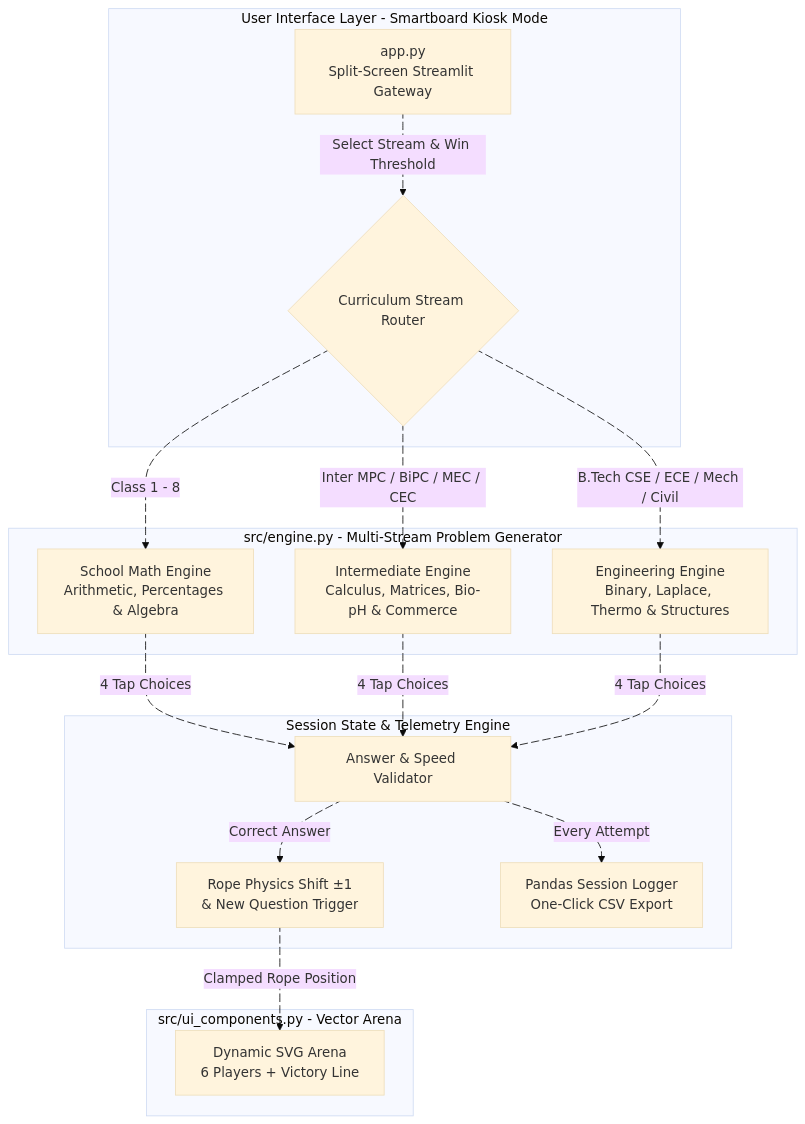
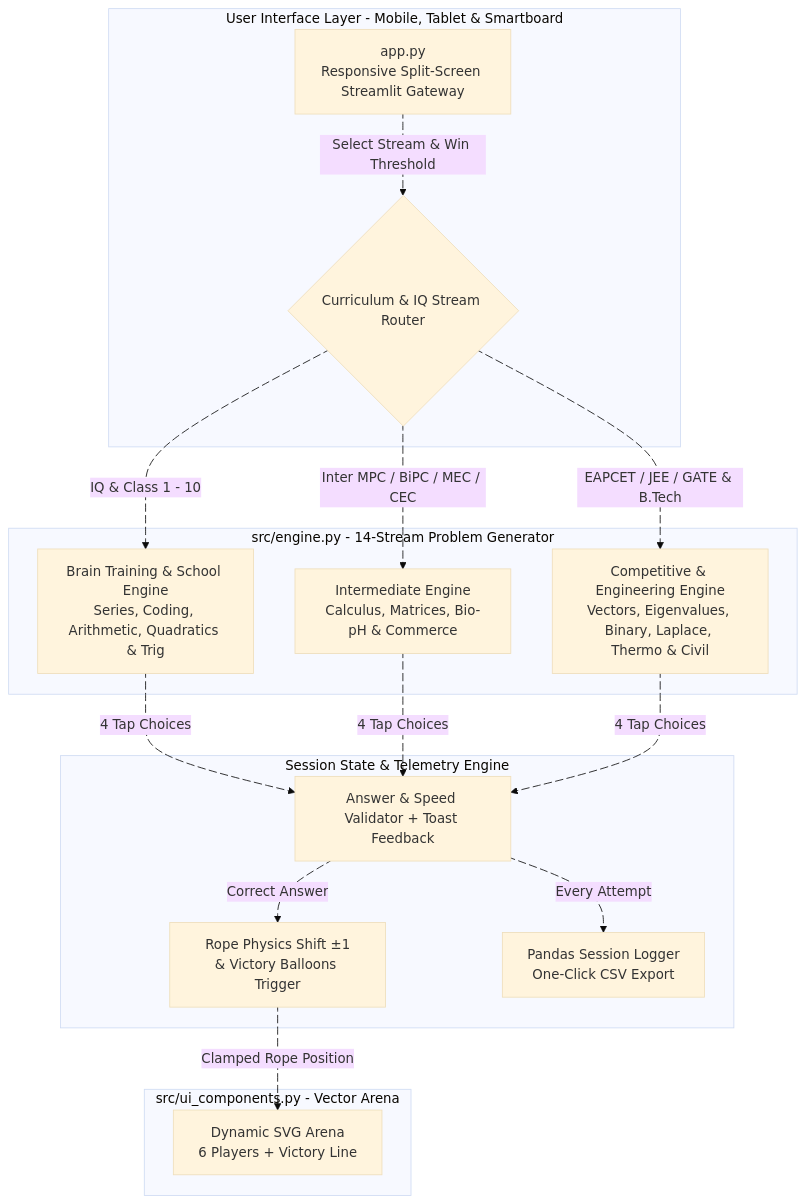
Before and after one commit to SRINIVASTA/tug-of-war-maths: the diagram in README.md, drawn with Mermaid (base theme). The commit also changed other lines of this file, not shown here.

````diff
--- a/README.md
+++ b/README.md
@@ -22,35 +22,35 @@
 ```mermaid
 flowchart TD
-    subgraph User_Interface_Layer["User Interface Layer - Smartboard Kiosk Mode"]
-        A["app.py<br>Split-Screen Streamlit Gateway"] e1@-->|"Select Stream & Win Threshold"| B{"Curriculum Stream Router"}
+    subgraph User_Interface_Layer["User Interface Layer - Mobile, Tablet & Smartboard"]
+        A["app.py<br>Responsive Split-Screen Streamlit Gateway"] e1@-->|"Select Stream & Win Threshold"| B{"Curriculum & IQ Stream Router"}
     end
 
-    subgraph Problem_Engine_Layer["src/engine.py - Multi-Stream Problem Generator"]
-        B e2@-->|"Class 1 - 8"| C["School Math Engine<br>Arithmetic, Percentages & Algebra"]
+    subgraph Problem_Engine_Layer["src/engine.py - 14-Stream Problem Generator"]
+        B e2@-->|"IQ & Class 1 - 10"| C["Brain Training & School Engine<br>Series, Coding, Arithmetic, Quadratics & Trig"]
         B e3@-->|"Inter MPC / BiPC / MEC / CEC"| D["Intermediate Engine<br>Calculus, Matrices, Bio-pH & Commerce"]
-        B e4@-->|"B.Tech CSE / ECE / Mech / Civil"| E["Engineering Engine<br>Binary, Laplace, Thermo & Structures"]
+        B e4@-->|"EAPCET / JEE / GATE & B.Tech"| E["Competitive & Engineering Engine<br>Vectors, Eigenvalues, Binary, Laplace, Thermo & Civil"]
     end
 
     subgraph Gameplay_Telemetry_Layer["Session State & Telemetry Engine"]
-        C e5@-->|"4 Tap Choices"| F["Answer & Speed Validator"]
+        C e5@-->|"4 Tap Choices"| F["Answer & Speed Validator + Toast Feedback"]
         D e6@-->|"4 Tap Choices"| F
         E e7@-->|"4 Tap Choices"| F
-        F e8@-->|"Correct Answer"| G["Rope Physics Shift ±1<br>& New Question Trigger"]
+        F e8@-->|"Correct Answer"| G["Rope Physics Shift ±1<br>& Victory Balloons Trigger"]
         F e9@-->|"Every Attempt"| H["Pandas Session Logger<br>One-Click CSV Export"]
     end
 
     subgraph Visual_Rendering_Layer["src/ui_components.py - Vector Arena"]
         G e10@-->|"Clamped Rope Position"| I["Dynamic SVG Arena<br>6 Players + Victory Line"]
     end
 
     e1@{ animate: true }
     e2@{ animate: true }
     e3@{ animate: true }
     e4@{ animate: true }
     e5@{ animate: true }
     e6@{ animate: true }
     e7@{ animate: true }
     e8@{ animate: true }
     e9@{ animate: true }
     e10@{ animate: true }
 ```
````
